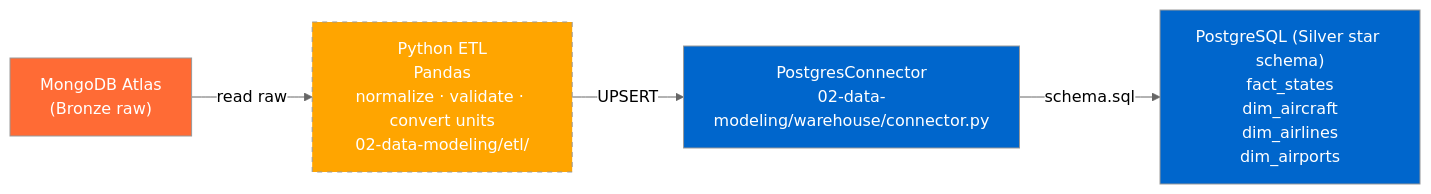
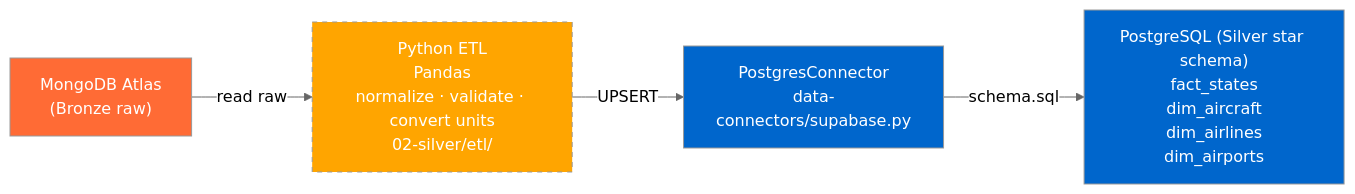
The second of 6 diagrams in docs/architecture/README.md (MatthiasSails/airline-data-platform), drawn with Mermaid (neutral theme) before and after one commit. The commit also changed other lines of this file and 42 other files, not shown here.

````diff
--- a/docs/architecture/README.md
+++ b/docs/architecture/README.md
@@ -65,14 +65,14 @@
 ```mermaid
 graph LR
     MDB["MongoDB Atlas<br/>(Bronze raw)"]
 
-    MDB -->|read raw| ETL["Python ETL<br/>Pandas<br/>normalize · validate · convert units<br/>02-data-modeling/etl/"]
+    MDB -->|read raw| ETL["Python ETL<br/>Pandas<br/>normalize · validate · convert units<br/>02-silver/etl/"]
 
-    ETL -->|UPSERT| CON["PostgresConnector<br/>02-data-modeling/warehouse/connector.py"]
+    ETL -->|UPSERT| CON["PostgresConnector<br/>data-connectors/supabase.py"]
     CON -->|schema.sql| PG["PostgreSQL (Silver star schema)<br/>fact_states<br/>dim_aircraft<br/>dim_airlines<br/>dim_airports"]
 
     style MDB fill:#FF6B35,color:#fff
     style ETL fill:#FFA500,color:#fff,stroke-dasharray:5 5
     style CON fill:#0066CC,color:#fff
     style PG fill:#0066CC,color:#fff
 ```
````
